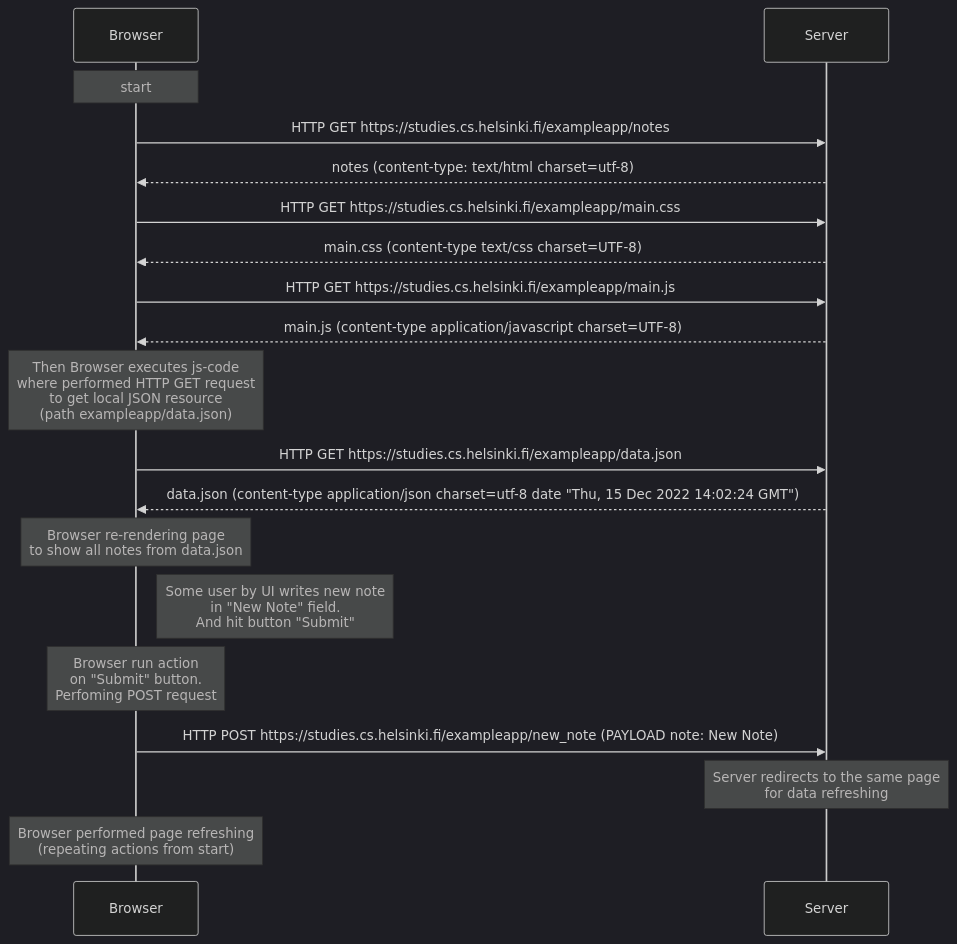
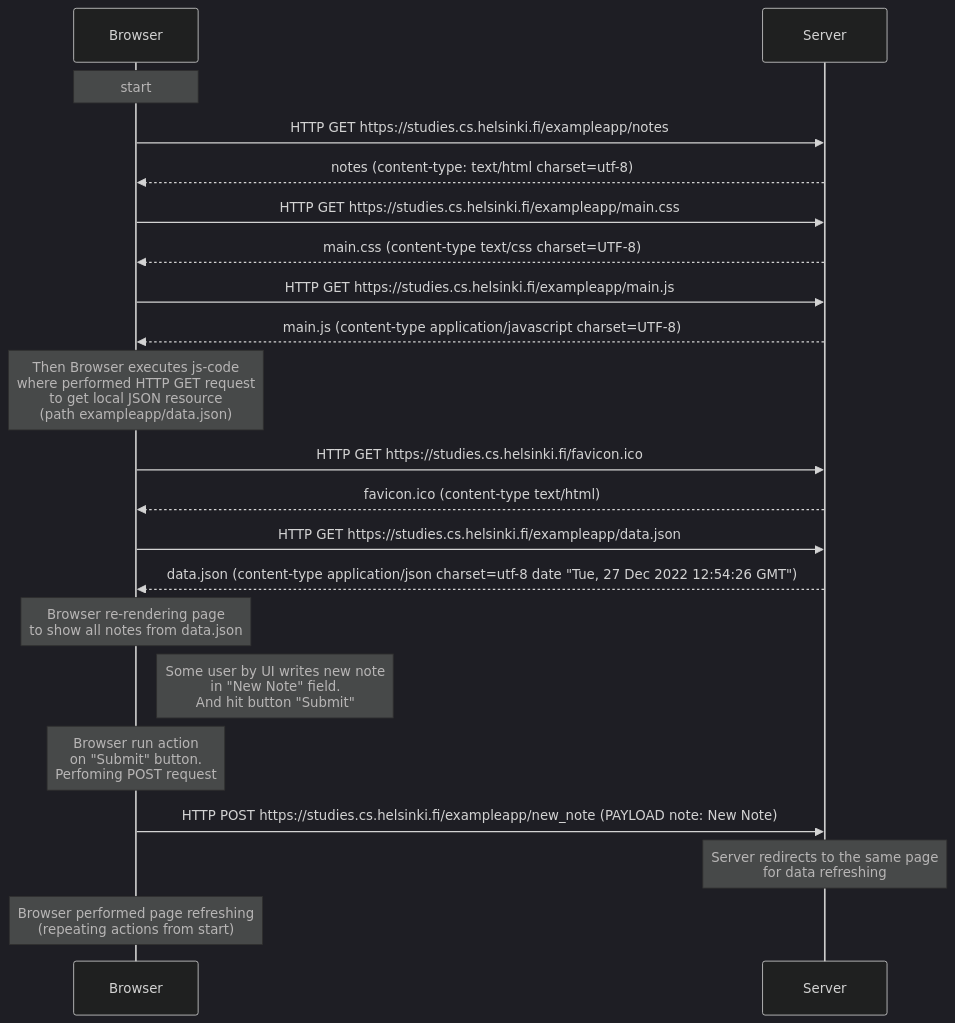
One commit to alfirst/mluukkai changed the diagram in PART 0/ex4.md. Above: the diagram before and after it, drawn with Mermaid (dark theme).

Commit message:
part 0/4

````diff
--- a/PART 0/ex4.md
+++ b/PART 0/ex4.md
@@ -1,30 +1,33 @@
 ```mermaid
 sequenceDiagram
 
 note over Browser: start 
 Browser->>Server: HTTP GET https://studies.cs.helsinki.fi/exampleapp/notes
 Server-->>Browser: notes (content-type: text/html charset=utf-8)
 
 Browser->>Server: HTTP GET https://studies.cs.helsinki.fi/exampleapp/main.css
 Server-->>Browser: main.css (content-type text/css charset=UTF-8)
 
 Browser->>Server: HTTP GET https://studies.cs.helsinki.fi/exampleapp/main.js
 Server-->>Browser: main.js (content-type application/javascript charset=UTF-8)
 
 note over Browser: Then Browser executes js-code <br/> where performed HTTP GET request <br/> to get local JSON resource <br/> (path exampleapp/data.json)
 
+Browser->>Server: HTTP GET https://studies.cs.helsinki.fi/favicon.ico
+Server-->>Browser: favicon.ico (content-type text/html)
+
 Browser->>Server: HTTP GET https://studies.cs.helsinki.fi/exampleapp/data.json
-Server-->>Browser: data.json (content-type application/json charset=utf-8 date "Thu, 15 Dec 2022 14:02:24 GMT")
+Server-->>Browser: data.json (content-type application/json charset=utf-8 date "Tue, 27 Dec 2022 12:54:26 GMT")
 
 note over Browser: Browser re-rendering page <br/> to show all notes from data.json
 
 note right of Browser: Some user by UI writes new note <br/> in "New Note" field. <br/> And hit button "Submit"
 
 note over Browser: Browser run action<br/> on "Submit" button. <br/> Perfoming POST request 
 
 Browser->>Server: HTTP POST https://studies.cs.helsinki.fi/exampleapp/new_note (PAYLOAD note: New Note)
 
 note over Server: Server redirects to the same page <br/>  for data refreshing
 
 note over Browser: Browser performed page refreshing  <br/> (repeating actions from start)
 ```
````
